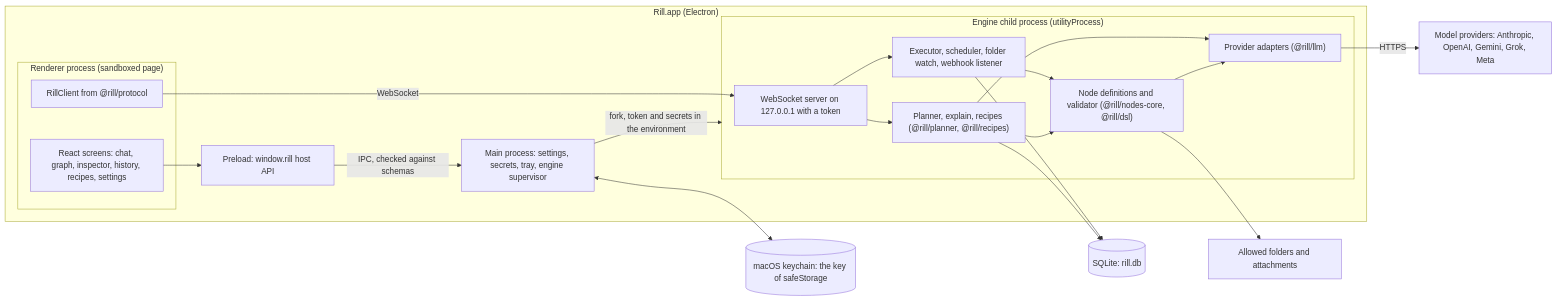
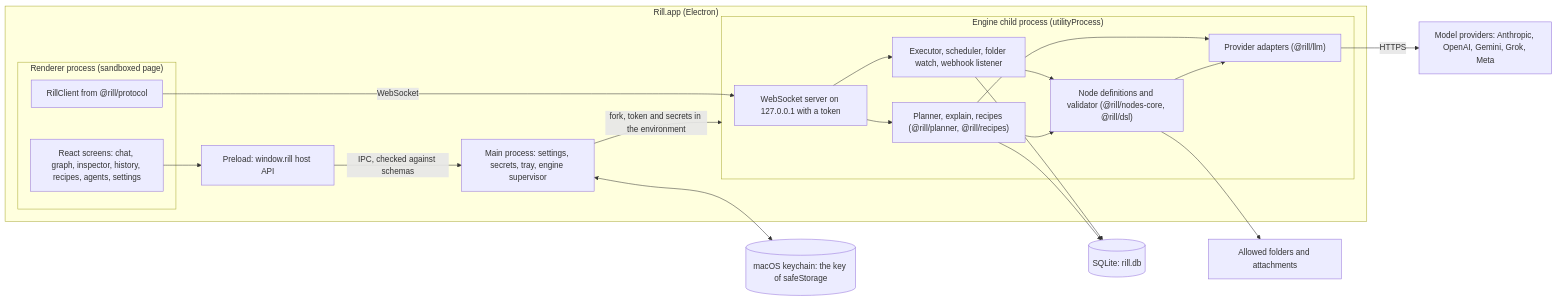
One commit to minsu-kang/rill changed the diagram in README.md. Above: the diagram before and after it, drawn with Mermaid. The commit also changed other lines of this file and 4 other files, not shown here.

````diff
--- a/README.md
+++ b/README.md
@@ -42,37 +43,37 @@
 ```mermaid
 flowchart LR
   subgraph app["Rill.app (Electron)"]
     subgraph renderer["Renderer process (sandboxed page)"]
-      ui["React screens: chat, graph, inspector, history, recipes, settings"]
+      ui["React screens: chat, graph, inspector, history, recipes, agents, settings"]
       client["RillClient from @rill/protocol"]
     end
     preload["Preload: window.rill host API"]
     main["Main process: settings, secrets, tray, engine supervisor"]
     subgraph engine["Engine child process (utilityProcess)"]
       server["WebSocket server on 127.0.0.1 with a token"]
       runner["Executor, scheduler, folder watch, webhook listener"]
       brain["Planner, explain, recipes (@rill/planner, @rill/recipes)"]
       nodes["Node definitions and validator (@rill/nodes-core, @rill/dsl)"]
       llm["Provider adapters (@rill/llm)"]
     end
   end
   db[("SQLite: rill.db")]
   keychain[("macOS keychain: the key of safeStorage")]
   files["Allowed folders and attachments"]
   providers["Model providers: Anthropic, OpenAI, Gemini, Grok, Meta"]
   ui --> preload
   preload -- "IPC, checked against schemas" --> main
   main -- "fork, token and secrets in the environment" --> engine
   main <--> keychain
   client -- "WebSocket" --> server
   server --> runner
   server --> brain
   runner --> nodes
   brain --> nodes
   brain --> llm
   nodes --> llm
   runner --> db
   brain --> db
   nodes --> files
   llm -- "HTTPS" --> providers
 ```
````
